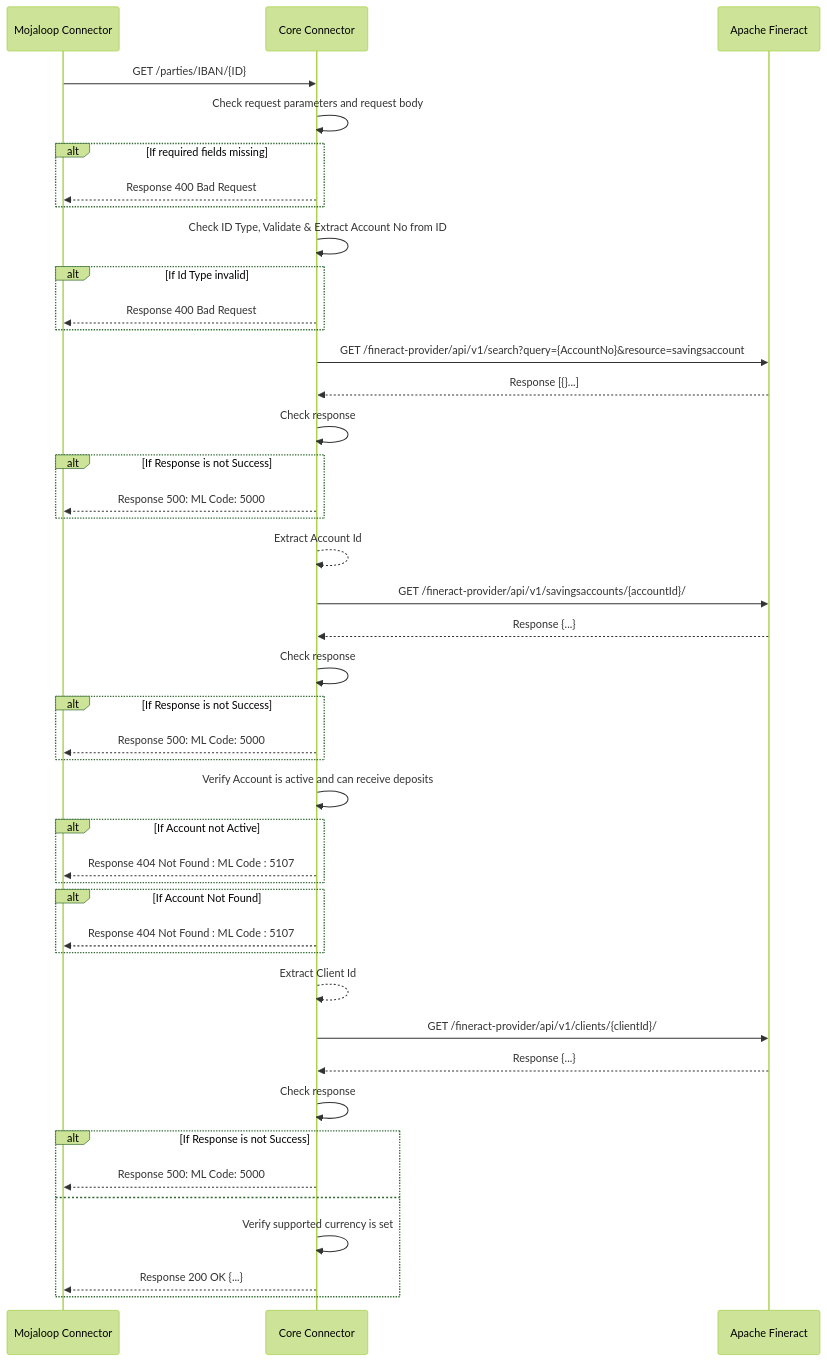
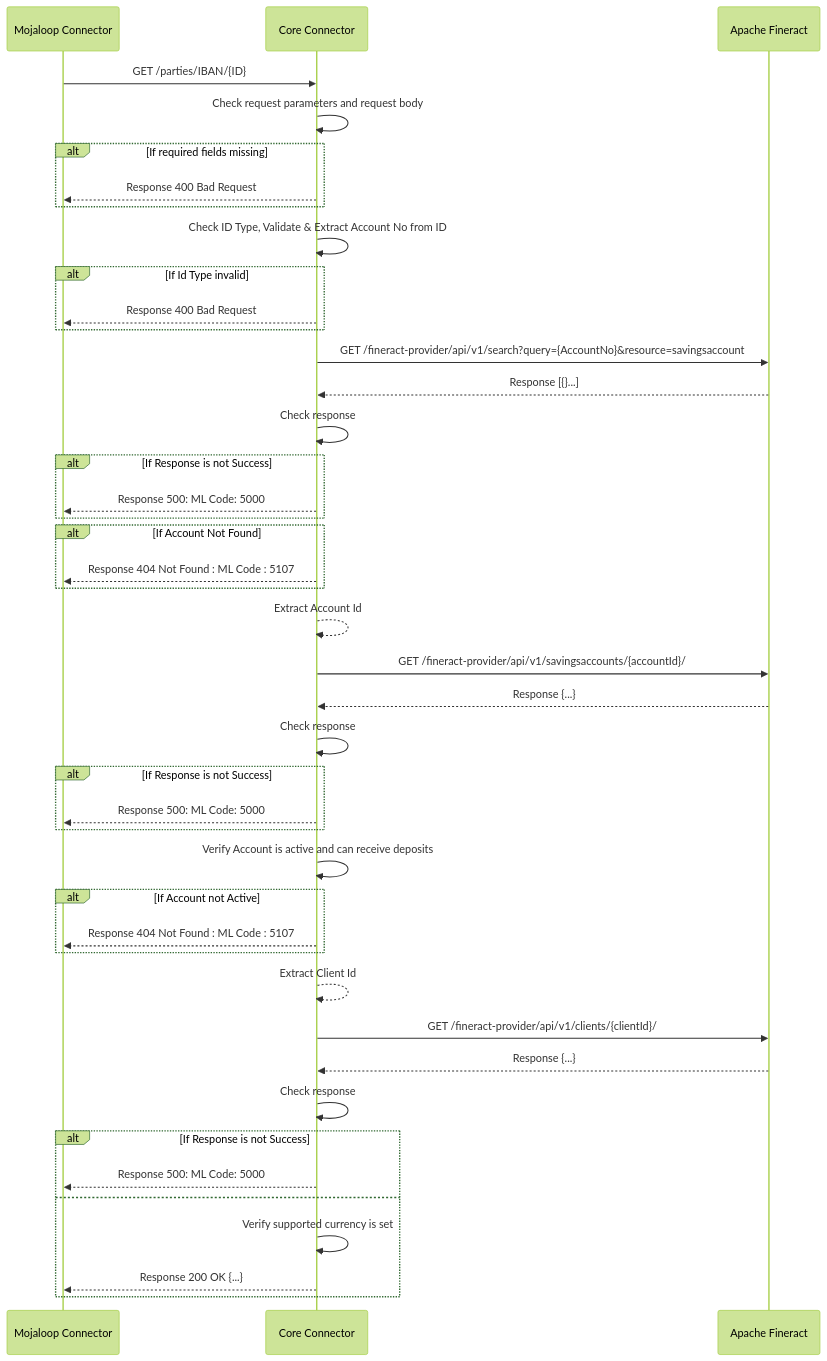
One commit to mojaloop/mifos-core-connector-docs changed the diagram in docs/PayeeGetParties.md. Above: the diagram before and after it, drawn with Mermaid (forest theme). The commit also changed other lines of this file, not shown here.

Commit message:
docs: change sequence of checks

````diff
--- a/docs/PayeeGetParties.md
+++ b/docs/PayeeGetParties.md
@@ -3,44 +3,44 @@
 ```mermaid
 sequenceDiagram
     Mojaloop Connector->>Core Connector: GET /parties/IBAN/{ID}
     Core Connector ->> Core Connector: Check request parameters and request body
     Alt If required fields missing
     Core Connector-->>Mojaloop Connector: Response 400 Bad Request
     End
     Core Connector->>Core Connector: Check ID Type, Validate & Extract Account No from ID
     Alt If Id Type invalid
     Core Connector-->>Mojaloop Connector: Response 400 Bad Request
     End
     Core Connector->>Apache Fineract: GET /fineract-provider/api/v1/search?query={AccountNo}&resource=savingsaccount
     Apache Fineract-->>Core Connector: Response [{}...]
     Core Connector ->> Core Connector: Check response
     Alt If Response is not Success
     Core Connector -->> Mojaloop Connector: Response 500: ML Code: 5000
     End
+    Alt If Account Not Found
+    Core Connector-->>Mojaloop Connector: Response 404 Not Found : ML Code : 5107
+    End
     Core Connector-->>Core Connector: Extract Account Id
     Core Connector->>Apache Fineract: GET /fineract-provider/api/v1/savingsaccounts/{accountId}/
     Apache Fineract-->>Core Connector: Response {...}
     Core Connector ->> Core Connector: Check response
     Alt If Response is not Success
     Core Connector -->> Mojaloop Connector: Response 500: ML Code: 5000
     End
     Core Connector->>Core Connector: Verify Account is active and can receive deposits
     Alt If Account not Active
-    Core Connector-->>Mojaloop Connector: Response 404 Not Found : ML Code : 5107
-    End
-    Alt If Account Not Found
     Core Connector-->>Mojaloop Connector: Response 404 Not Found : ML Code : 5107
     End
     Core Connector-->>Core Connector: Extract Client Id
     Core Connector->>Apache Fineract: GET /fineract-provider/api/v1/clients/{clientId}/
     Apache Fineract-->>Core Connector: Response {...}
     Core Connector ->> Core Connector: Check response
     Alt If Response is not Success
     Core Connector -->> Mojaloop Connector: Response 500: ML Code: 5000
     Else
     Core Connector ->> Core Connector: Verify supported currency is set
     Core Connector-->>Mojaloop Connector: Response 200 OK {...}
     End
 
     
 ```
````
